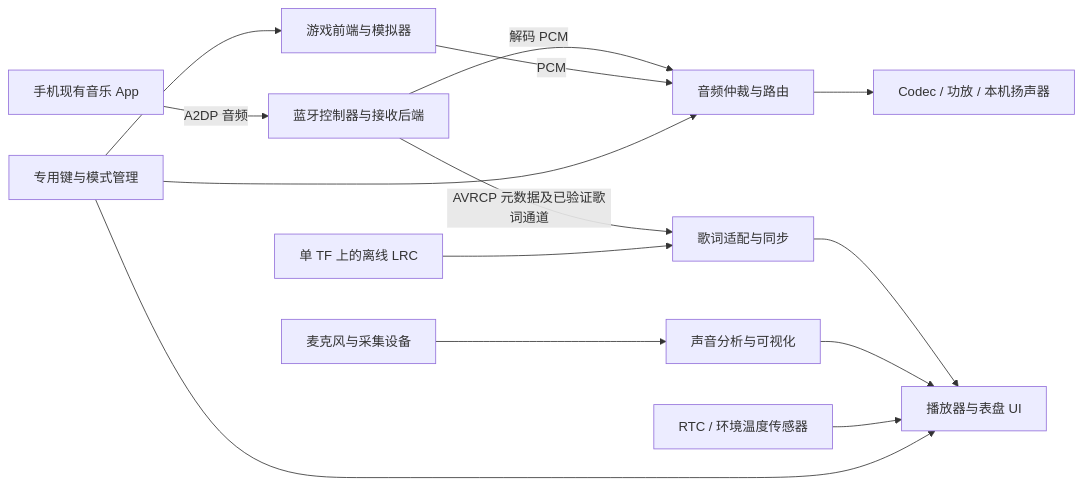
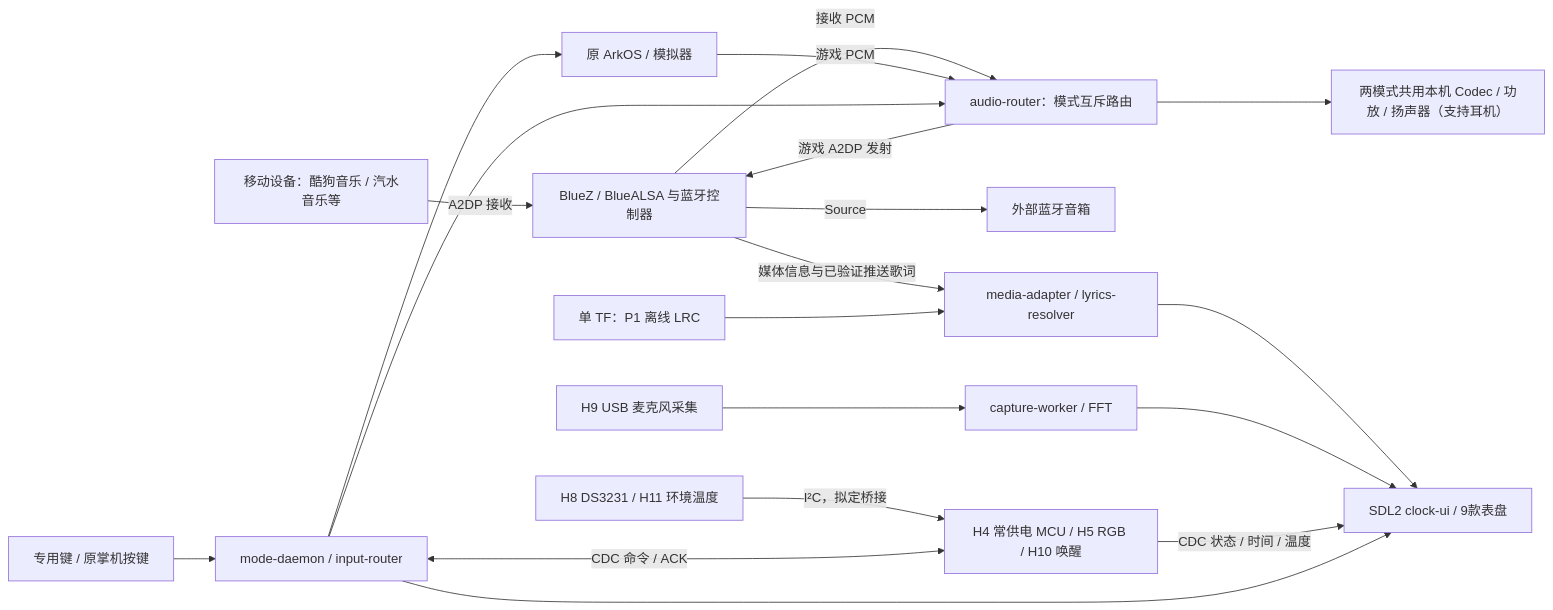
One commit to clming/R36S-DTB changed the diagram in docs/diagrams/handheld-bt-integration.mmd. Above: the diagram before and after it, drawn with Mermaid. The commit also changed 3 other files, not shown here.

```diff
--- a/docs/diagrams/handheld-bt-integration.mmd
+++ b/docs/diagrams/handheld-bt-integration.mmd
@@ -1,14 +1,19 @@
 flowchart LR
-    Phone["手机现有音乐 App"] -->|"A2DP 音频"| BT["蓝牙控制器与接收后端"]
-    BT -->|"解码 PCM"| Audio["音频仲裁与路由"]
-    Game["游戏前端与模拟器"] -->|"PCM"| Audio
-    Audio --> Codec["Codec / 功放 / 本机扬声器"]
-    BT -->|"AVRCP 元数据及已验证歌词通道"| Lyrics["歌词适配与同步"]
-    LRC["单 TF 上的离线 LRC"] --> Lyrics
-    Lyrics --> UI["播放器与表盘 UI"]
-    Mic["麦克风与采集设备"] --> FFT["声音分析与可视化"]
+    Phone["移动设备：酷狗音乐 / 汽水音乐等"] -->|"A2DP 接收"| BT["BlueZ / BlueALSA 与蓝牙控制器"]
+    BT -->|"接收 PCM"| Audio["audio-router：模式互斥路由"]
+    Game["原 ArkOS / 模拟器"] -->|"游戏 PCM"| Audio
+    Audio -->|"游戏 A2DP 发射"| BT
+    BT -->|"Source"| Remote["外部蓝牙音箱"]
+    Audio --> Local["两模式共用本机 Codec / 功放 / 扬声器（支持耳机）"]
+    BT -->|"媒体信息与已验证推送歌词"| Lyrics["media-adapter / lyrics-resolver"]
+    LRC["单 TF：P1 离线 LRC"] --> Lyrics
+    Lyrics --> UI["SDL2 clock-ui / 9款表盘"]
+    Mic["H9 USB 麦克风采集"] --> FFT["capture-worker / FFT"]
     FFT --> UI
-    Clock["RTC / 环境温度传感器"] --> UI
-    Key["专用键与模式管理"] --> Game
-    Key --> UI
-    Key --> Audio
+    Sensors["H8 DS3231 / H11 环境温度"] -->|"I²C，拟定桥接"| MCU["H4 常供电 MCU / H5 RGB / H10 唤醒"]
+    MCU -->|"CDC 状态 / 时间 / 温度"| UI
+    Key["专用键 / 原掌机按键"] --> Mode["mode-daemon / input-router"]
+    Mode --> Game
+    Mode --> UI
+    Mode --> Audio
+    Mode <-->|"CDC 命令 / ACK"| MCU
```
